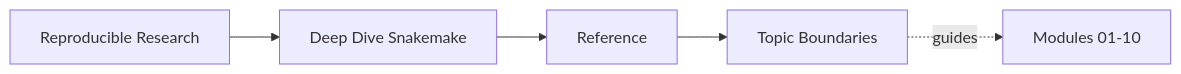
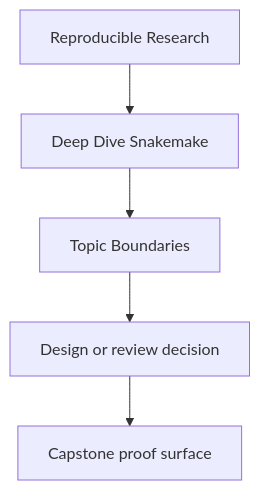
Before and after one commit to bijux/bijux-masterclass: the first of 2 diagrams in programs/reproducible-research/deep-dive-snakemake/course-book/reference/topic-boundaries.md, drawn with Mermaid. The commit also changed other lines of this file and 29 other files, not shown here.

Commit message:
docs(deep-dive-snakemake): sharpen guide and reference diagrams

````diff
--- a/programs/reproducible-research/deep-dive-snakemake/course-book/reference/topic-boundaries.md
+++ b/programs/reproducible-research/deep-dive-snakemake/course-book/reference/topic-boundaries.md
@@ -9,11 +9,7 @@
 ```mermaid
-graph LR
-  family["Reproducible Research"]
-  program["Deep Dive Snakemake"]
-  section["Reference"]
-  page["Topic Boundaries"]
-  modules["Modules 01-10"]
-
-  family --> program --> section --> page
-  page -.guides.-> modules
+flowchart TD
+  family["Reproducible Research"] --> program["Deep Dive Snakemake"]
+  program --> reference["Topic Boundaries"]
+  reference --> review["Design or review decision"]
+  review --> capstone["Capstone proof surface"]
 ```
````
